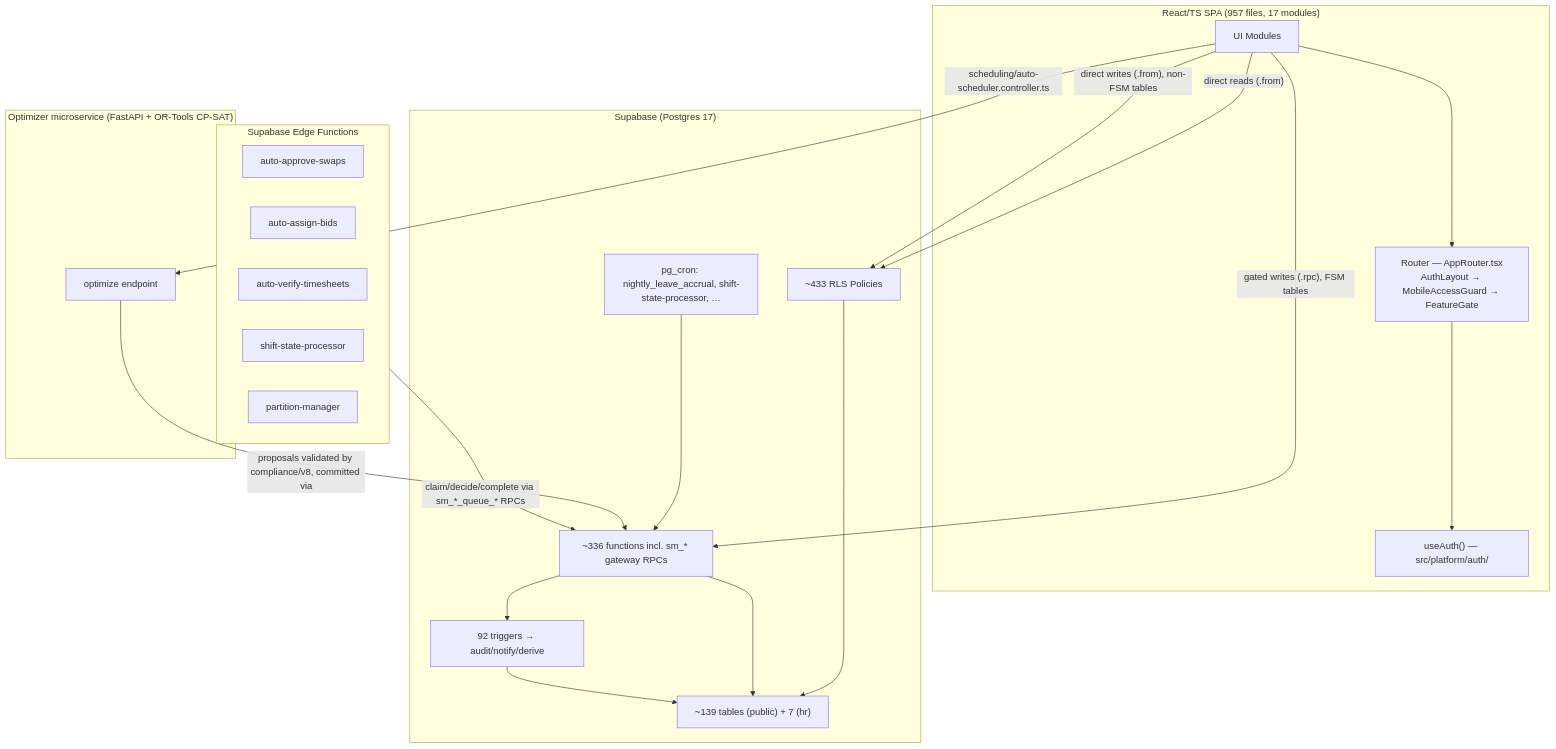
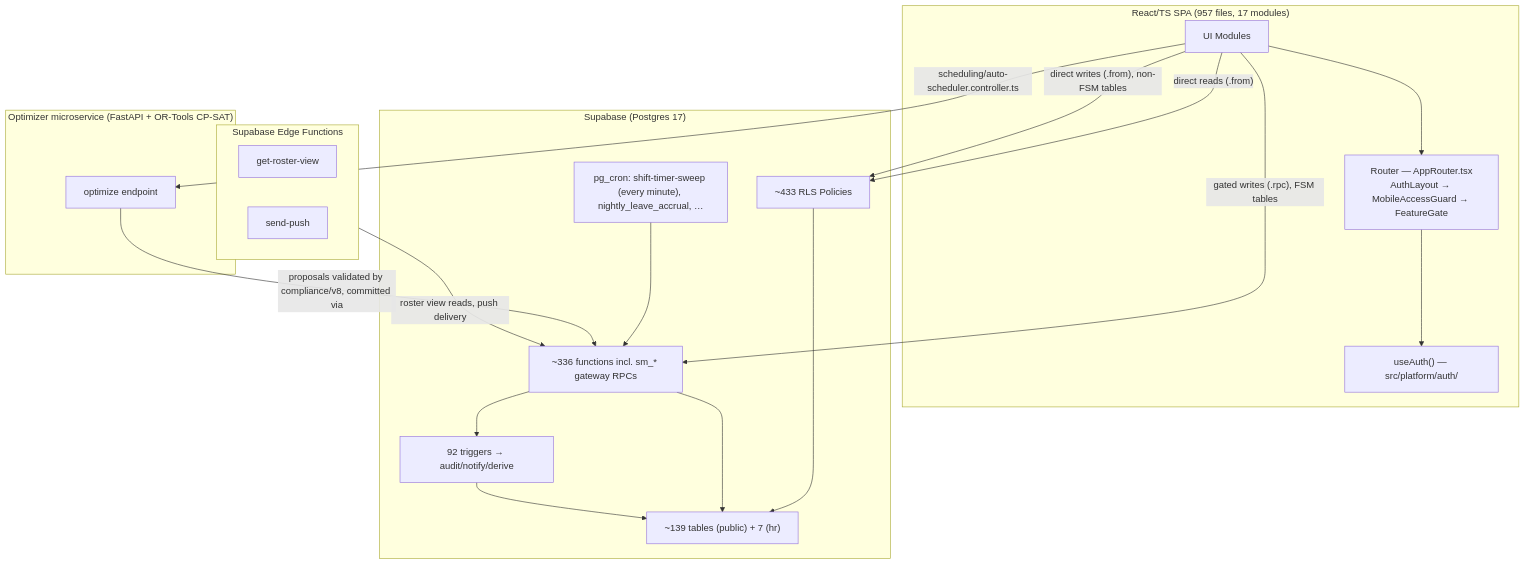
The first of 10 diagrams in docs/rulebook/02-architecture.md (VinayakKuanr-UNSW/Shiftopia), drawn with Mermaid before and after one commit. The commit also changed 6 other files, not shown here.

First line of the commit message:
feat(db): one shift clock, every minute

````diff
--- a/docs/rulebook/02-architecture.md
+++ b/docs/rulebook/02-architecture.md
@@ -7,41 +7,38 @@
 ```mermaid
 graph TB
     subgraph Client["React/TS SPA (957 files, 17 modules)"]
         UI[UI Modules]
         Router["Router — AppRouter.tsx<br/>AuthLayout → MobileAccessGuard → FeatureGate"]
         AuthHook["useAuth() — src/platform/auth/"]
     end
 
     subgraph Supabase["Supabase (Postgres 17)"]
         RLS["~433 RLS Policies"]
         Tables["~139 tables (public) + 7 (hr)"]
         RPCs["~336 functions incl. sm_* gateway RPCs"]
         Triggers["92 triggers → audit/notify/derive"]
-        Cron["pg_cron: nightly_leave_accrual, shift-state-processor, …"]
+        Cron["pg_cron: shift-timer-sweep (every minute), nightly_leave_accrual, …"]
     end
 
     subgraph EdgeFn["Supabase Edge Functions"]
-        AutoSwap[auto-approve-swaps]
-        AutoBid[auto-assign-bids]
-        AutoTS[auto-verify-timesheets]
-        StateProc[shift-state-processor]
-        PartMgr[partition-manager]
+        RosterView[get-roster-view]
+        Push[send-push]
     end
 
     subgraph Optimizer["Optimizer microservice (FastAPI + OR-Tools CP-SAT)"]
         OptAPI[optimize endpoint]
     end
 
     UI --> Router --> AuthHook
     UI -- "direct reads (.from)" --> RLS
     UI -- "direct writes (.from), non-FSM tables" --> RLS
     UI -- "gated writes (.rpc), FSM tables" --> RPCs
     RLS --> Tables
     RPCs --> Tables
     RPCs --> Triggers
     Triggers --> Tables
     Cron --> RPCs
-    EdgeFn -- "claim/decide/complete via sm_*_queue_* RPCs" --> RPCs
+    EdgeFn -- "roster view reads, push delivery" --> RPCs
     UI -- "scheduling/auto-scheduler.controller.ts" --> OptAPI
     OptAPI -- "proposals validated by compliance/v8, committed via" --> RPCs
 ```
````
